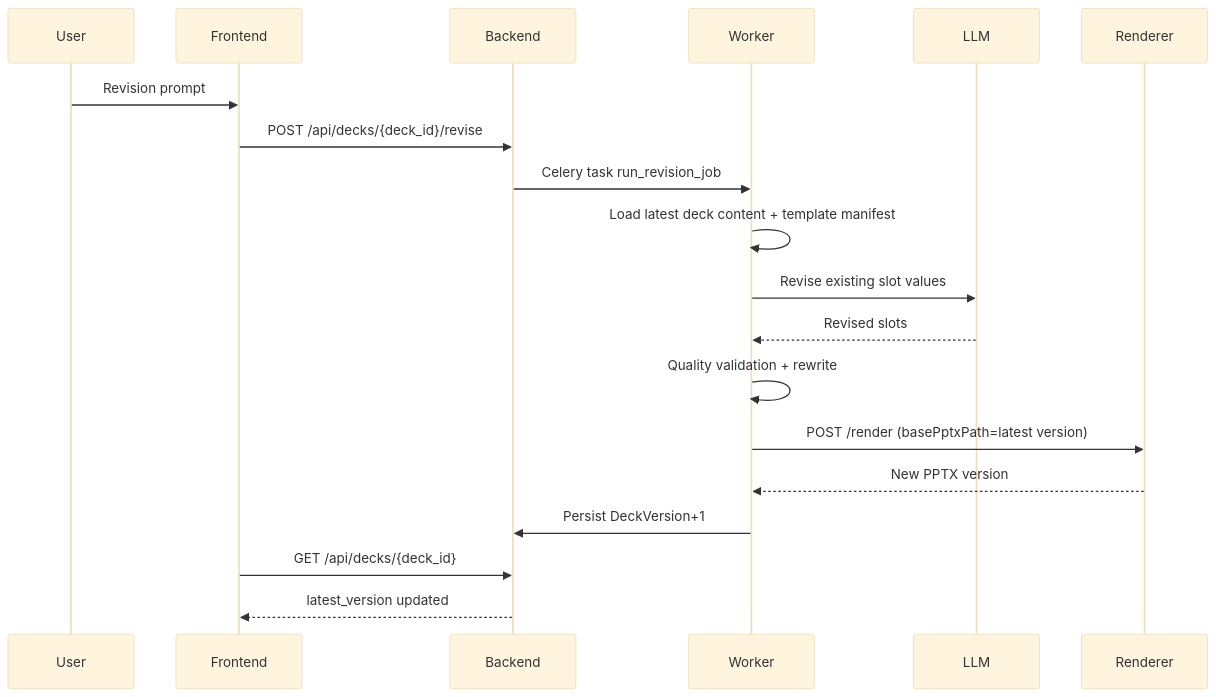
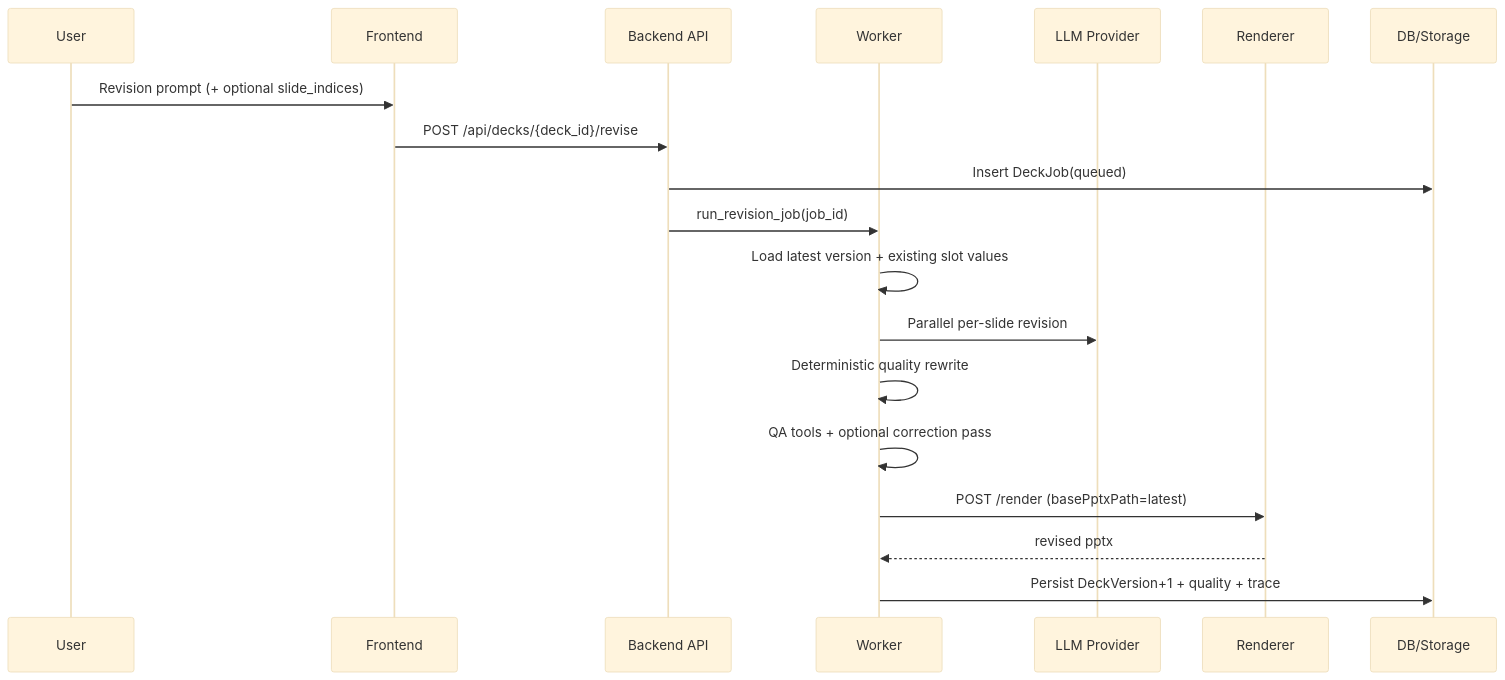
The third of 3 diagrams in docs/ARCHITECTURE.md (faiqhilman13/ppt-ting), drawn with Mermaid (base theme) before and after one commit. The commit also changed other lines of this file and 1519 other files, not shown here.

````diff
--- a/docs/ARCHITECTURE.md
+++ b/docs/ARCHITECTURE.md
@@ -70,24 +146,23 @@
 ```mermaid
 sequenceDiagram
     participant User
-    participant Frontend
-    participant Backend
-    participant Worker
-    participant LLM
-    participant Renderer
+    participant FE as Frontend
+    participant API as Backend API
+    participant WK as Worker
+    participant LLM as LLM Provider
+    participant REN as Renderer
+    participant DB as DB/Storage
 
-    User->>Frontend: Revision prompt
-    Frontend->>Backend: POST /api/decks/{deck_id}/revise
-    Backend->>Worker: Celery task run_revision_job
+    User->>FE: Revision prompt (+ optional slide_indices)
+    FE->>API: POST /api/decks/{deck_id}/revise
+    API->>DB: Insert DeckJob(queued)
+    API->>WK: run_revision_job(job_id)
 
-    Worker->>Worker: Load latest deck content + template manifest
-    Worker->>LLM: Revise existing slot values
-    LLM-->>Worker: Revised slots
-    Worker->>Worker: Quality validation + rewrite
-    Worker->>Renderer: POST /render (basePptxPath=latest version)
-    Renderer-->>Worker: New PPTX version
-    Worker->>Backend: Persist DeckVersion+1
-
-    Frontend->>Backend: GET /api/decks/{deck_id}
-    Backend-->>Frontend: latest_version updated
+    WK->>WK: Load latest version + existing slot values
+    WK->>LLM: Parallel per-slide revision
+    WK->>WK: Deterministic quality rewrite
+    WK->>WK: QA tools + optional correction pass
+    WK->>REN: POST /render (basePptxPath=latest)
+    REN-->>WK: revised pptx
+    WK->>DB: Persist DeckVersion+1 + quality + trace
 ```
````
